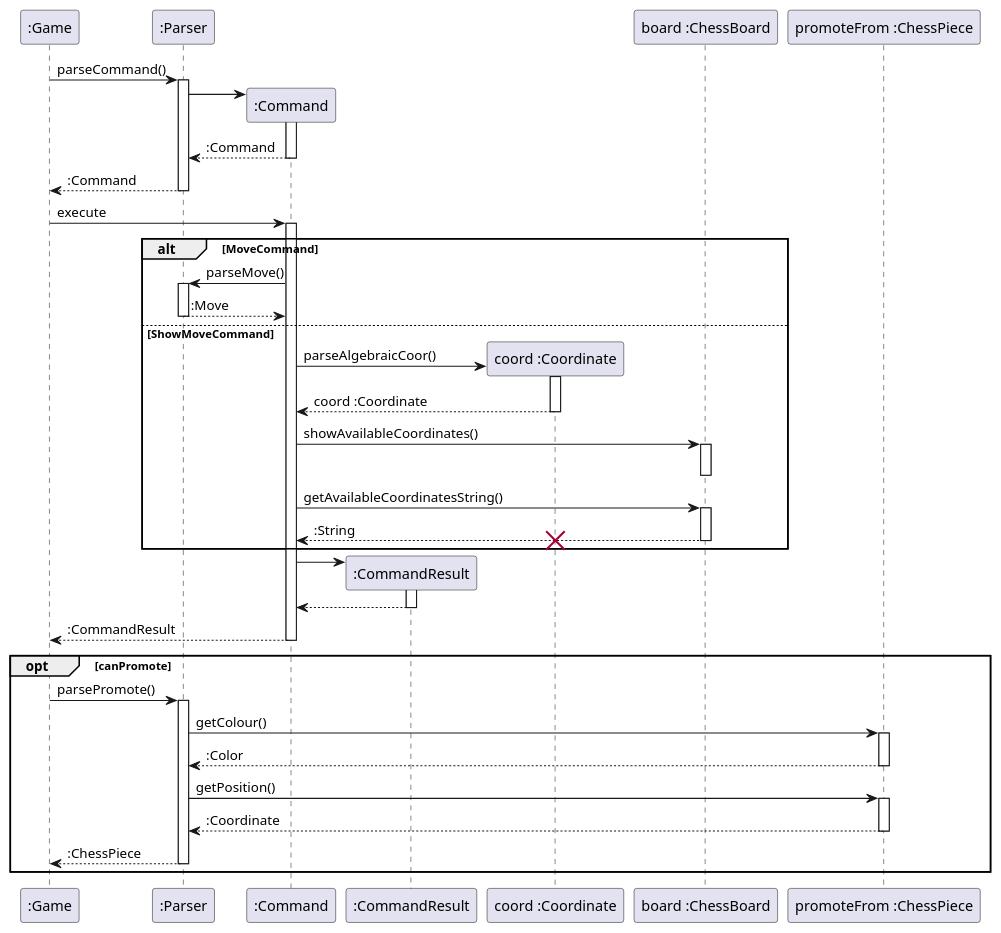
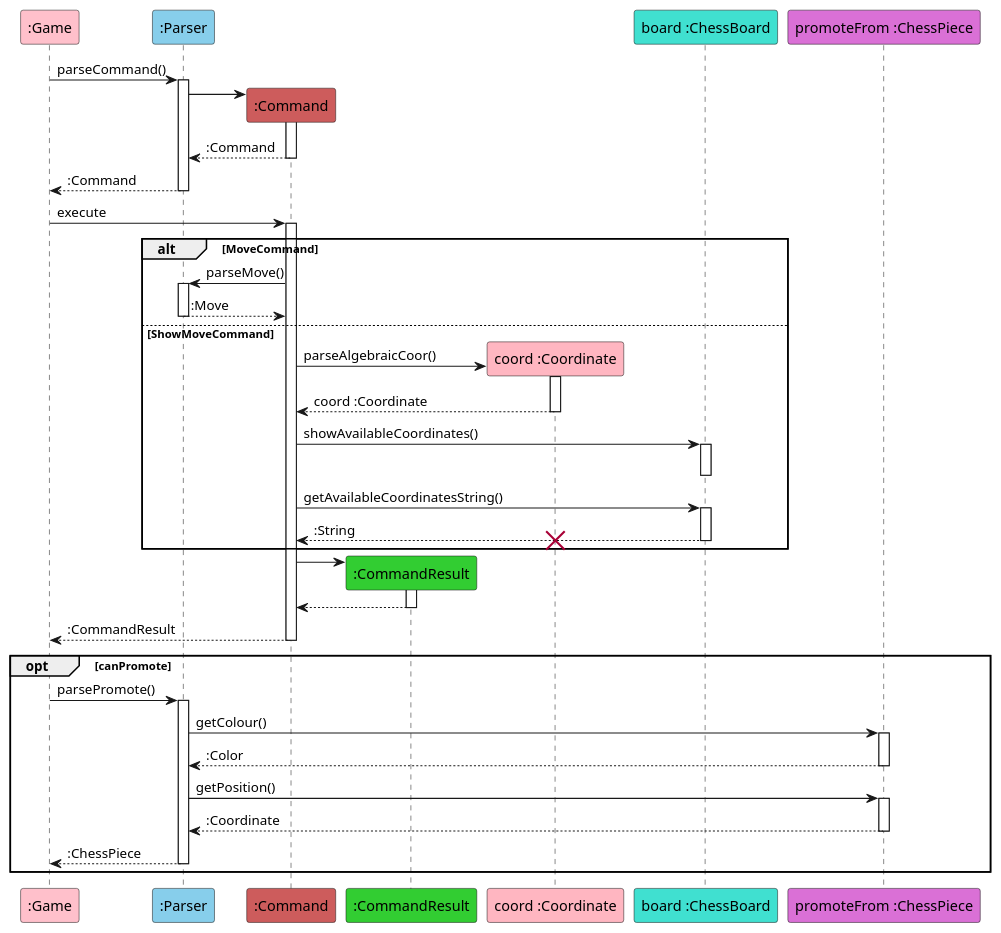
The diagram in docs/diagrams/ParseCommandSequence.puml (onx001/tp), drawn with PlantUML before and after one commit. The commit also changed 8 other files, not shown here.

```diff
--- a/docs/diagrams/ParseCommandSequence.puml
+++ b/docs/diagrams/ParseCommandSequence.puml
@@ -1,48 +1,48 @@
 @startuml
 'https://plantuml.com/sequence-diagram
 
-participant ":Game" as Game
-participant ":Parser" as Parser
-participant ":Command" as Command
-participant ":CommandResult" as CommandResult
-participant "coord :Coordinate" as Coordinate
-participant "board :ChessBoard" as ChessBoard
-participant "promoteFrom :ChessPiece" as ChessPiece
+participant ":Game" as Game #Pink
+participant ":Parser" as Parser #SkyBlue
+participant ":Command" as Command #IndianRed
+participant ":CommandResult" as CommandResult #LimeGreen
+participant "coord :Coordinate" as Coordinate #LightPink
+participant "board :ChessBoard" as ChessBoard #Turquoise
+participant "promoteFrom :ChessPiece" as ChessPiece #Orchid
 
 Game -> Parser: parseCommand()
 activate Parser
 create Command
 Parser -> Command ++
 Command --> Parser --: :Command
 Game <-- Parser --: :Command
 
 Game -> Command ++: execute
 alt MoveCommand
     Command -> Parser ++: parseMove()
     Parser --> Command --: :Move
 else ShowMoveCommand
     create Coordinate
     Command -> Coordinate ++: parseAlgebraicCoor()
     Coordinate --> Command --: coord :Coordinate
     Command -> ChessBoard ++: showAvailableCoordinates()
     ChessBoard --
     Command -> ChessBoard ++: getAvailableCoordinatesString()
     ChessBoard --> Command --: :String
     destroy Coordinate
 end
 Command -> CommandResult**
 activate CommandResult
 CommandResult --> Command--
 Game <-- Command --: :CommandResult
 
 opt canPromote
 Game -> Parser ++: parsePromote()
 Parser -> ChessPiece ++: getColour()
 ChessPiece --> Parser --: :Color
 Parser -> ChessPiece ++: getPosition()
 ChessPiece --> Parser --: :Coordinate
 Game <-- Parser --: :ChessPiece
 end
 
 
 @enduml
```
